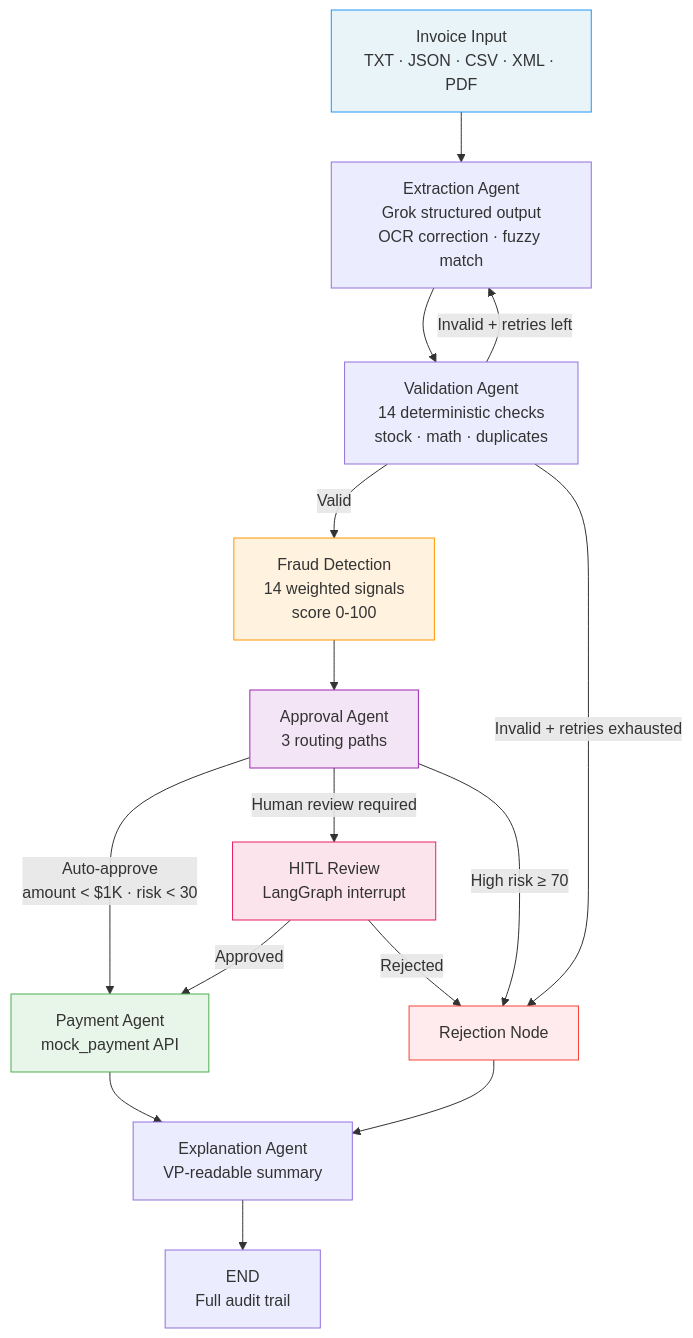
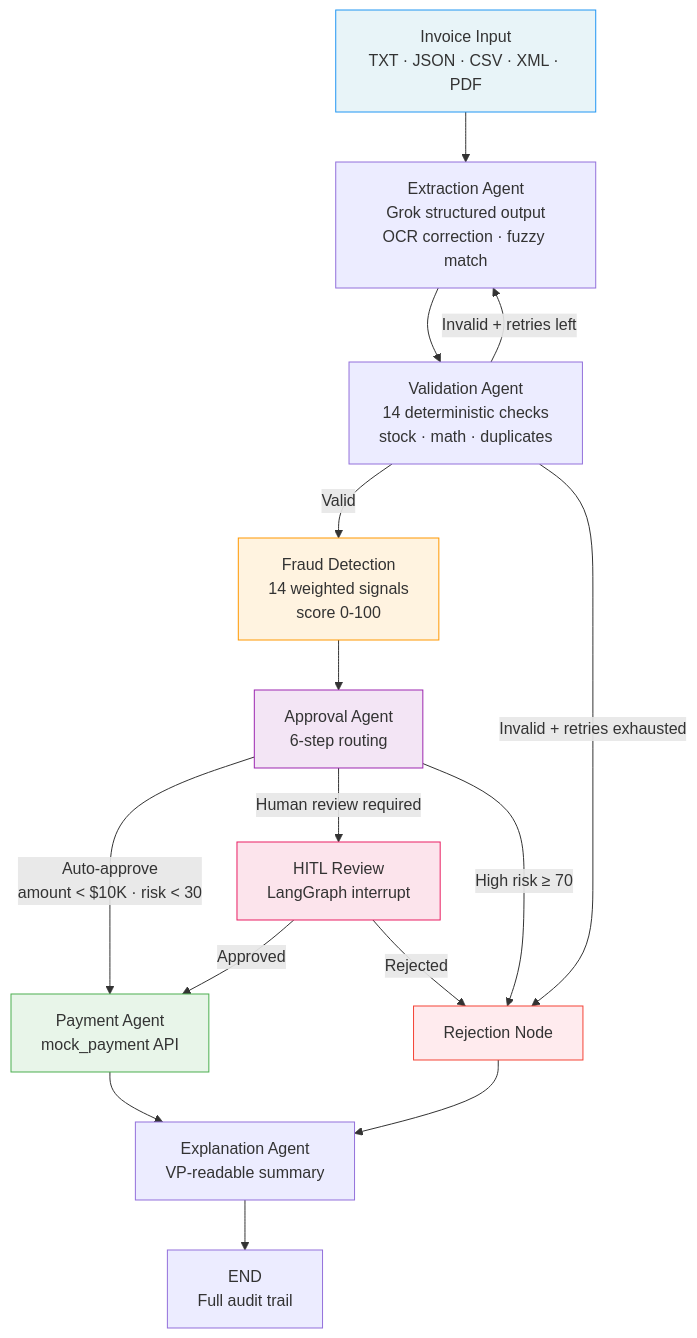
The diagram in README.md (sami2919/Invoice-Processing-Automation), drawn with Mermaid before and after one commit. The commit also changed other lines of this file, not shown here.

````diff
--- a/README.md
+++ b/README.md
@@ -18,24 +18,24 @@
 ```mermaid
 graph TD
     A[Invoice Input<br/>TXT · JSON · CSV · XML · PDF] --> B[Extraction Agent<br/>Grok structured output<br/>OCR correction · fuzzy match]
     B --> C[Validation Agent<br/>14 deterministic checks<br/>stock · math · duplicates]
     C -->|Valid| D[Fraud Detection<br/>14 weighted signals<br/>score 0-100]
     C -->|Invalid + retries left| B
     C -->|Invalid + retries exhausted| G[Rejection Node]
-    D --> E[Approval Agent<br/>3 routing paths]
-    E -->|Auto-approve<br/>amount < $1K · risk < 30| F[Payment Agent<br/>mock_payment API]
+    D --> E[Approval Agent<br/>6-step routing]
+    E -->|Auto-approve<br/>amount < $10K · risk < 30| F[Payment Agent<br/>mock_payment API]
     E -->|Human review required| H[HITL Review<br/>LangGraph interrupt]
     E -->|High risk ≥ 70| G
     H -->|Approved| F
     H -->|Rejected| G
     F --> I[Explanation Agent<br/>VP-readable summary]
     G --> I
     I --> J[END<br/>Full audit trail]
 
     style A fill:#e8f4f8,stroke:#2196F3
     style D fill:#fff3e0,stroke:#FF9800
     style E fill:#f3e5f5,stroke:#9C27B0
     style H fill:#fce4ec,stroke:#E91E63
     style F fill:#e8f5e9,stroke:#4CAF50
     style G fill:#ffebee,stroke:#F44336
 ```
````
